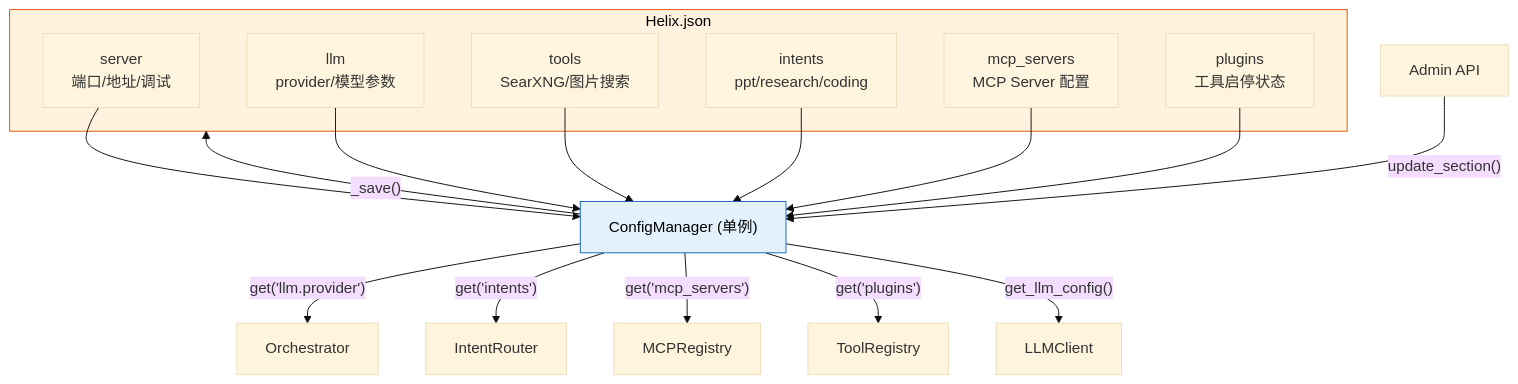
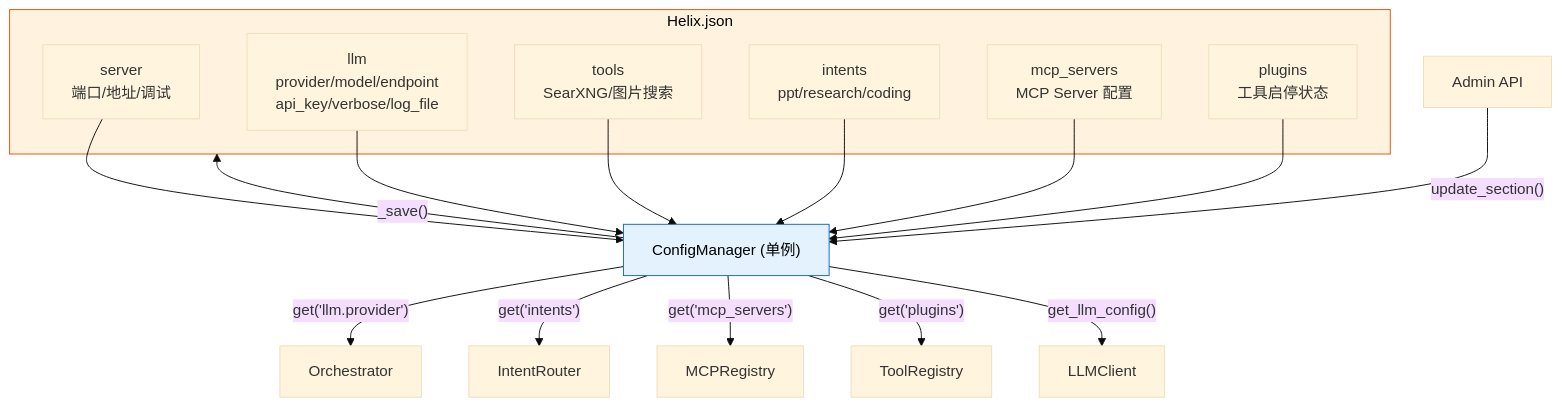
Diagram 11 of 12 in doc/design.md (jimmylang74/Helix), drawn with Mermaid (base theme) before and after one commit. The commit also changed other lines of this file and 13 other files, not shown here.

````diff
--- a/doc/design.md
+++ b/doc/design.md
@@ -812,32 +805,32 @@
 ```mermaid
 graph TB
     subgraph Config["Helix.json"]
         S["server<br/>端口/地址/调试"]
-        L["llm<br/>provider/模型参数"]
+        L["llm<br/>provider/model/endpoint<br/>api_key/verbose/log_file"]
         T["tools<br/>SearXNG/图片搜索"]
         I["intents<br/>ppt/research/coding"]
         M["mcp_servers<br/>MCP Server 配置"]
         P["plugins<br/>工具启停状态"]
     end
 
     CM["ConfigManager (单例)"]
 
     S --> CM
     L --> CM
     T --> CM
     I --> CM
     M --> CM
     P --> CM
 
     CM -->|"get('llm.provider')"| ORCH["Orchestrator"]
     CM -->|"get('intents')"| IR["IntentRouter"]
     CM -->|"get('mcp_servers')"| MR["MCPRegistry"]
     CM -->|"get('plugins')"| TR["ToolRegistry"]
     CM -->|"get_llm_config()"| LLM["LLMClient"]
 
     ADMIN["Admin API"] -->|"update_section()"| CM
     CM -->|"_save()"| Config
 
     style Config fill:#fff3e0,stroke:#e65100,color:#000
     style CM fill:#e3f2fd,stroke:#1565c0,color:#000
 ```
````
